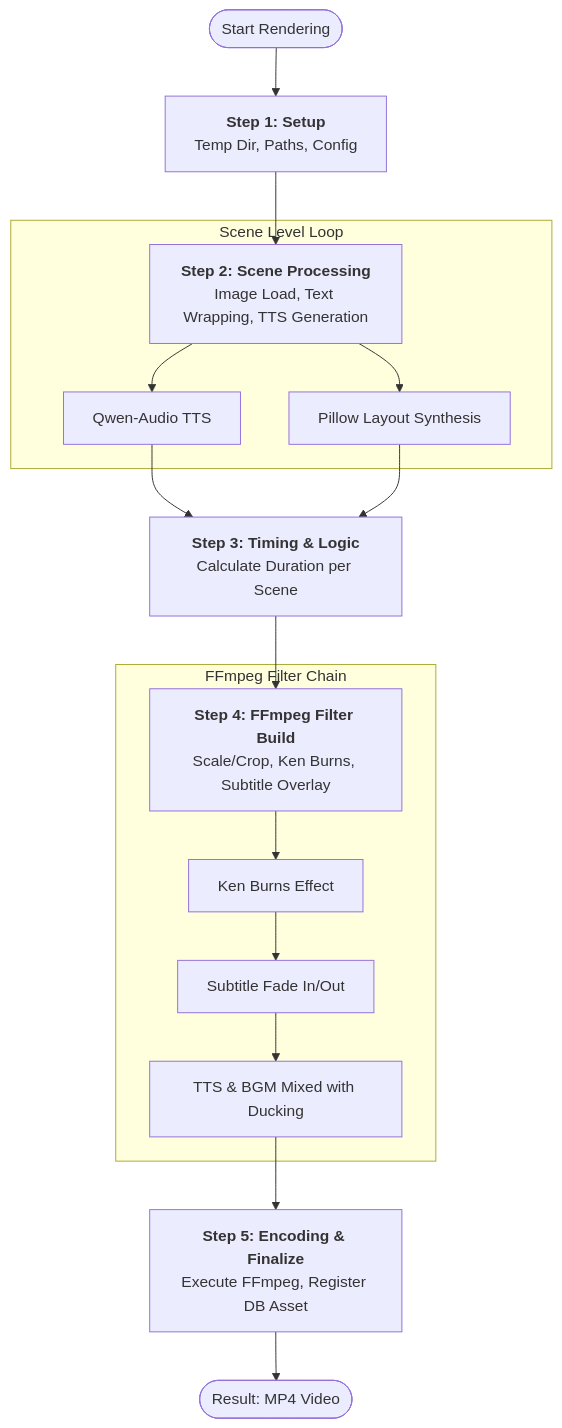
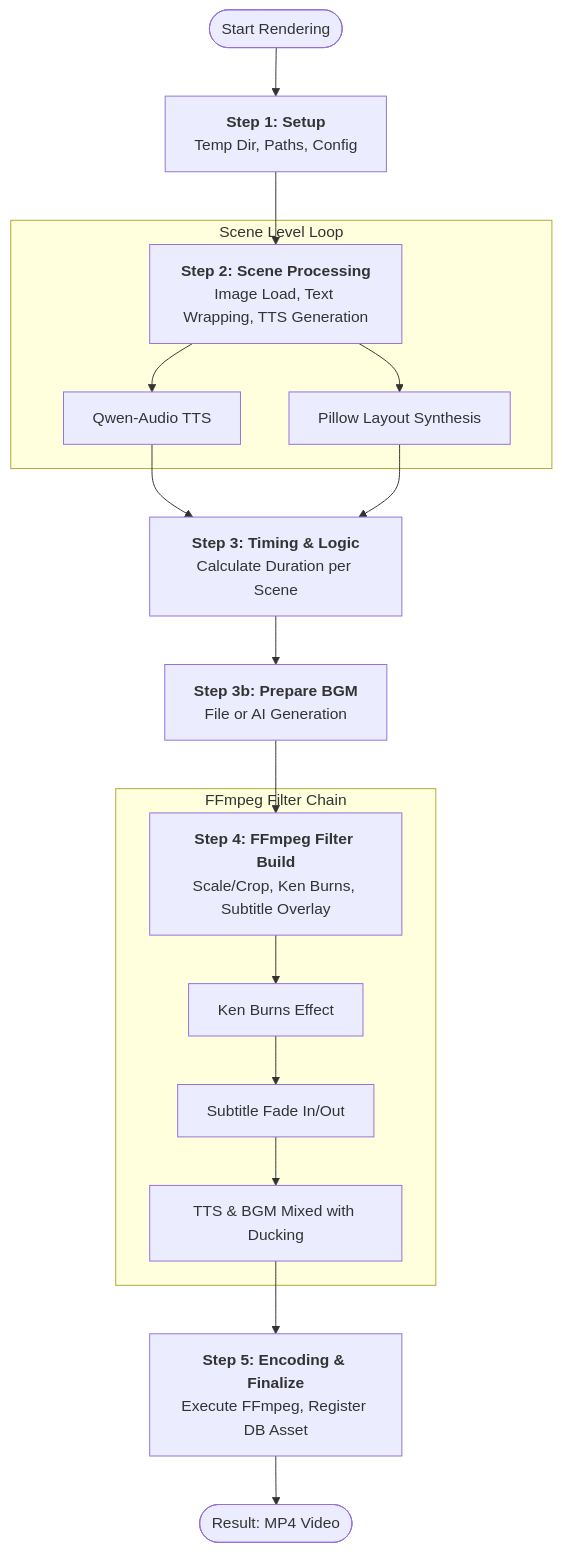
One commit to tomo-playground/sdd-orchestrator changed the first of 2 diagrams in docs/03_engineering/backend/RENDER_PIPELINE.md. Above: the diagram before and after it, drawn with Mermaid. The commit also changed other lines of this file and 5 other files, not shown here.

````diff
--- a/docs/03_engineering/backend/RENDER_PIPELINE.md
+++ b/docs/03_engineering/backend/RENDER_PIPELINE.md
@@ -10,25 +10,27 @@
 ```mermaid
 graph TD
     Start([Start Rendering]) --> Step1[<b>Step 1: Setup</b><br/>Temp Dir, Paths, Config]
     
     Step1 --> Step2[<b>Step 2: Scene Processing</b><br/>Image Load, Text Wrapping, TTS Generation]
     
     subgraph Process ["Scene Level Loop"]
         Step2 --> TTS[Qwen-Audio TTS]
         Step2 --> Layout[Pillow Layout Synthesis]
     end
 
     TTS & Layout --> Step3[<b>Step 3: Timing & Logic</b><br/>Calculate Duration per Scene]
+
+    Step3 --> Step3b[<b>Step 3b: Prepare BGM</b><br/>File or AI Generation]
     
-    Step3 --> Step4[<b>Step 4: FFmpeg Filter Build</b><br/>Scale/Crop, Ken Burns, Subtitle Overlay]
+    Step3b --> Step4[<b>Step 4: FFmpeg Filter Build</b><br/>Scale/Crop, Ken Burns, Subtitle Overlay]
     
     subgraph FFmpeg ["FFmpeg Filter Chain"]
         Step4 --> KB[Ken Burns Effect]
         KB --> Sub[Subtitle Fade In/Out]
         Sub --> Audio[TTS & BGM Mixed with Ducking]
     end
 
     Audio --> Step5[<b>Step 5: Encoding & Finalize</b><br/>Execute FFmpeg, Register DB Asset]
     
     Step5 --> End([Result: MP4 Video])
 ```
````
